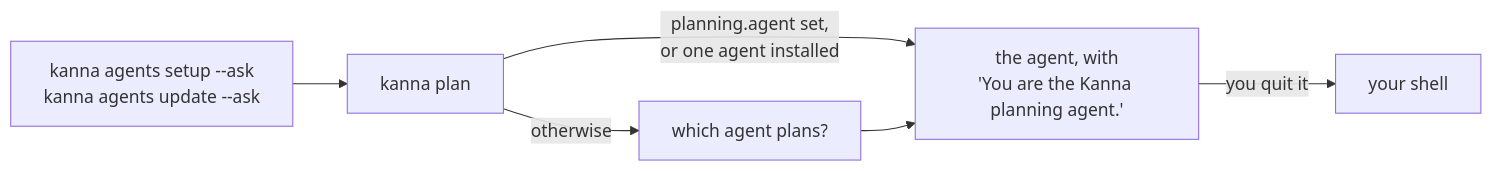
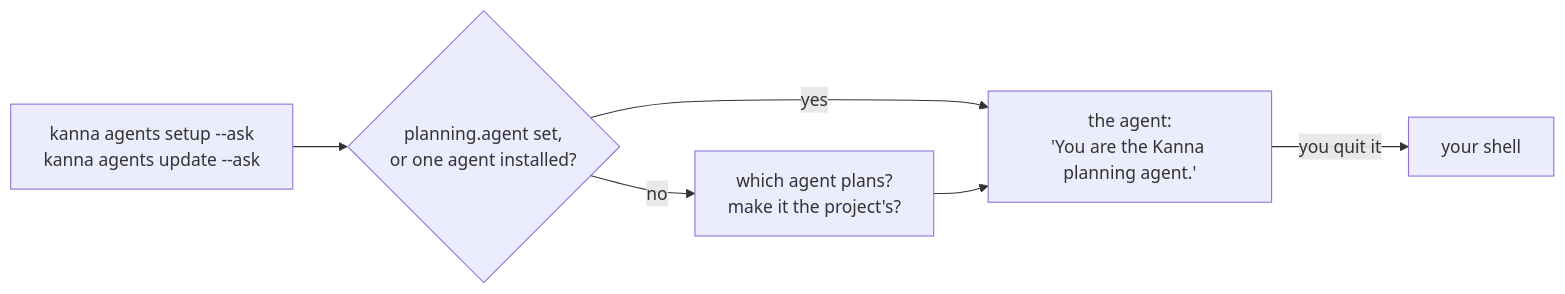
Before and after one commit to jemdiggity/kanna-v4: the second of 2 diagrams in docs/specs/planning-agent.md, drawn with Mermaid. The commit also changed other lines of this file and 3 other files, not shown here.

Commit message:
Spec: the planner is a shell script (planner.sh) a new Desk's planning terminal runs once: agent setup, which agent plans (offering to make it the project's), the agent with its first message, then your shell; no kanna plan command and no resuming the planner

````diff
--- a/docs/specs/planning-agent.md
+++ b/docs/specs/planning-agent.md
@@ -43,7 +43,7 @@
   ```mermaid
   flowchart LR
-      S["kanna agents setup --ask<br/>kanna agents update --ask"] --> P["kanna plan"]
-      P -->|"planning.agent set,<br/>or one agent installed"| A["the agent, with<br/>'You are the Kanna planning agent.'"]
-      P -->|"otherwise"| Q["which agent plans?"] --> A
+      S["kanna agents setup --ask<br/>kanna agents update --ask"] --> P{"planning.agent set,<br/>or one agent installed?"}
+      P -->|"yes"| A["the agent:<br/>'You are the Kanna planning agent.'"]
+      P -->|"no"| Q["which agent plans?<br/>make it the project's?"] --> A
       A -->|"you quit it"| SH["your shell"]
   ```
````
